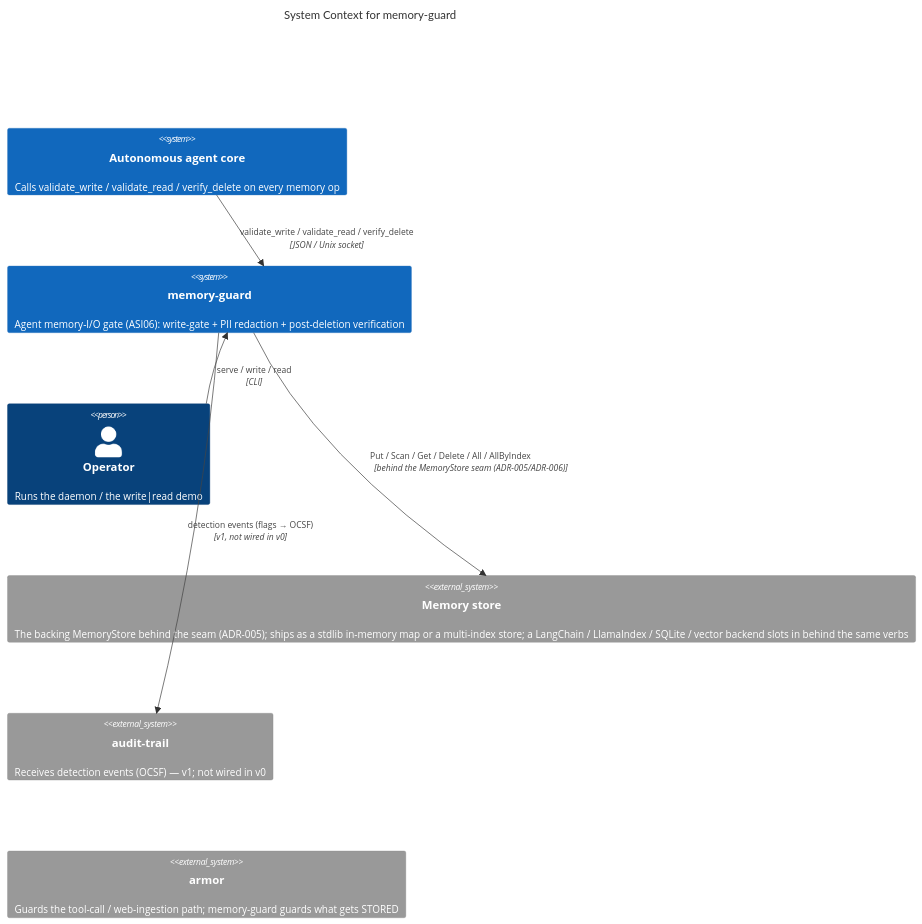
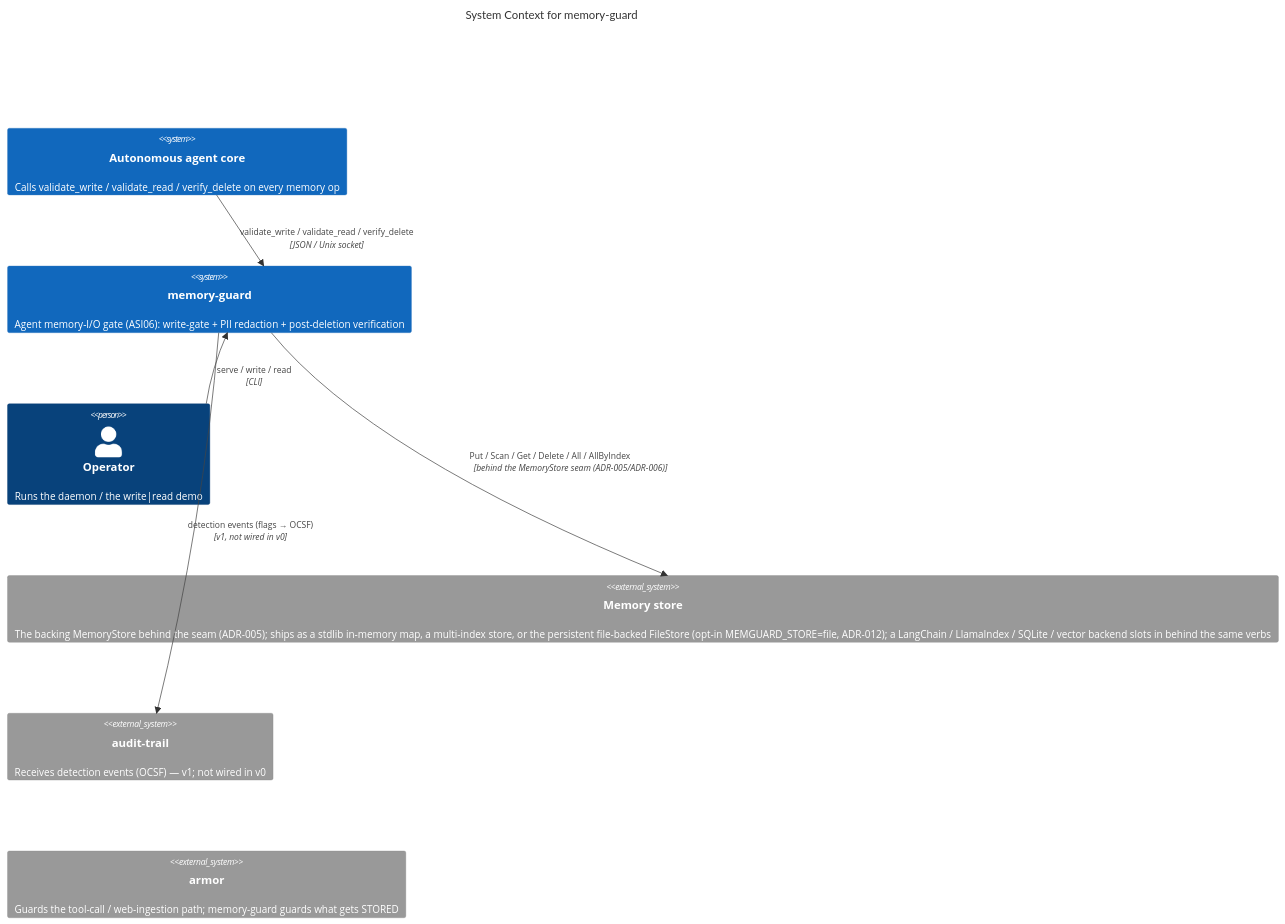
One commit to tkdtaylor/memory-guard changed the first of 3 diagrams in docs/architecture/diagrams.md. Above: the diagram before and after it, drawn with Mermaid. The commit also changed other lines of this file and 11 other files, not shown here.

````diff
--- a/docs/architecture/diagrams.md
+++ b/docs/architecture/diagrams.md
@@ -24,17 +24,17 @@
 ```mermaid
 C4Context
     title System Context for memory-guard
 
     System(agent, "Autonomous agent core", "Calls validate_write / validate_read / verify_delete on every memory op")
     System(memguard, "memory-guard", "Agent memory-I/O gate (ASI06): write-gate + PII redaction + post-deletion verification")
     Person(operator, "Operator", "Runs the daemon / the write|read demo")
 
-    System_Ext(store, "Memory store", "The backing MemoryStore behind the seam (ADR-005); ships as a stdlib in-memory map or a multi-index store; a LangChain / LlamaIndex / SQLite / vector backend slots in behind the same verbs")
+    System_Ext(store, "Memory store", "The backing MemoryStore behind the seam (ADR-005); ships as a stdlib in-memory map, a multi-index store, or the persistent file-backed FileStore (opt-in MEMGUARD_STORE=file, ADR-012); a LangChain / LlamaIndex / SQLite / vector backend slots in behind the same verbs")
     System_Ext(audit, "audit-trail", "Receives detection events (OCSF) — v1; not wired in v0")
     System_Ext(armor, "armor", "Guards the tool-call / web-ingestion path; memory-guard guards what gets STORED")
 
     Rel(agent, memguard, "validate_write / validate_read / verify_delete", "JSON / Unix socket")
     Rel(operator, memguard, "serve / write / read", "CLI")
     Rel(memguard, store, "Put / Scan / Get / Delete / All / AllByIndex", "behind the MemoryStore seam (ADR-005/ADR-006)")
     Rel(memguard, audit, "detection events (flags → OCSF)", "v1, not wired in v0")
 ```
````
